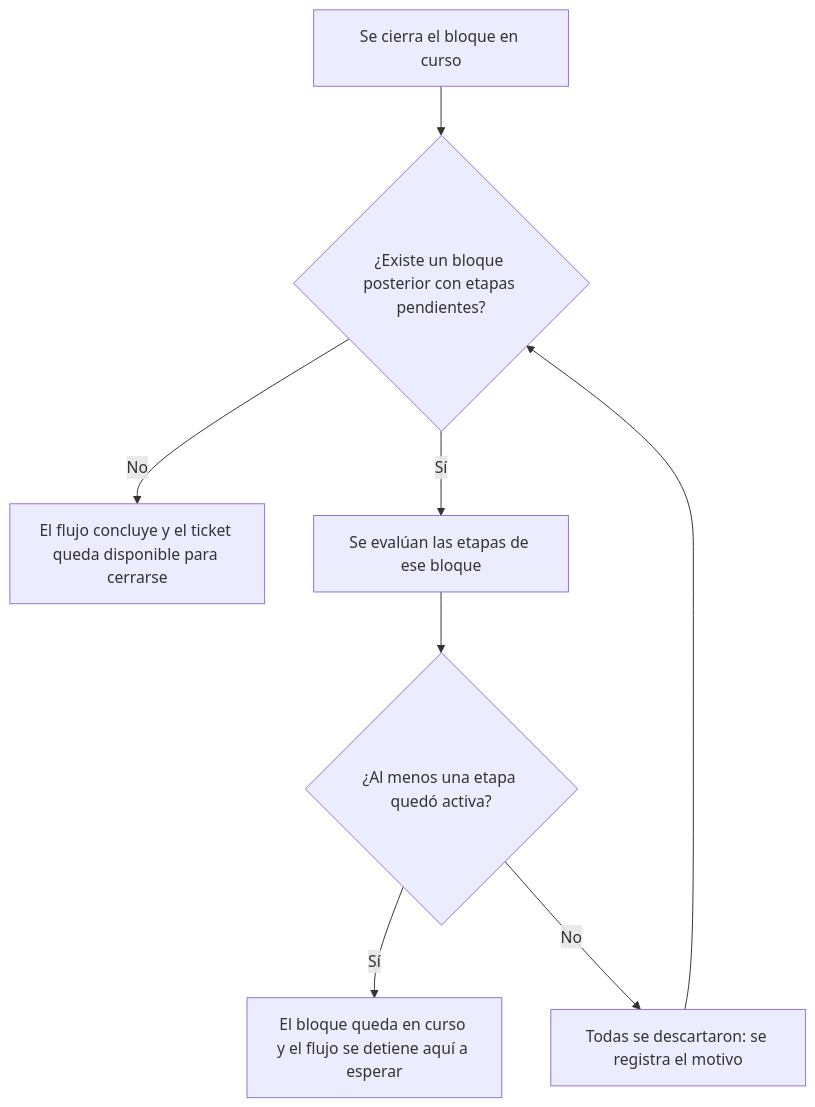
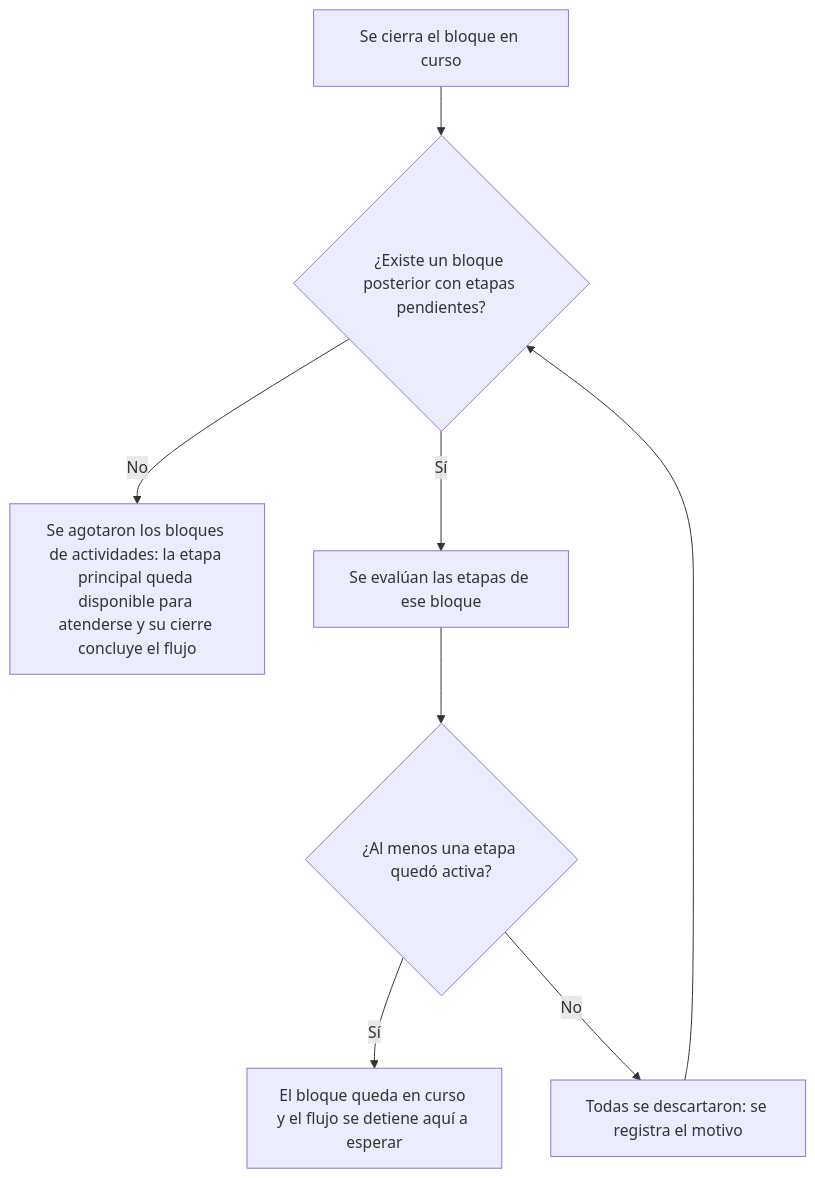
Before and after one commit to solis1408/Business-Suite: the fifth of 5 diagrams in docs/Proyectos/iNN/Baja usuario - Ticket escalonado/Ejecución del Flujo de Trabajo de Tickets por Bloques.md, drawn with Mermaid. The commit also changed other lines of this file, not shown here.

First line of the commit message:
docs(computo): agrega el modo de ejecucion del flujo y renumera los RF

````diff
--- a/docs/Proyectos/iNN/Baja usuario - Ticket escalonado/Ejecución del Flujo de Trabajo de Tickets por Bloques.md
+++ b/docs/Proyectos/iNN/Baja usuario - Ticket escalonado/Ejecución del Flujo de Trabajo de Tickets por Bloques.md
@@ -618,10 +1043,10 @@
 ```mermaid
 flowchart TD
     A[Se cierra el bloque en curso] --> B{¿Existe un bloque posterior con etapas pendientes?}
-    B -- No --> C[El flujo concluye y el ticket queda disponible para cerrarse]
+    B -- No --> C[Se agotaron los bloques de actividades: la etapa principal queda disponible para atenderse y su cierre concluye el flujo]
     B -- Sí --> D[Se evalúan las etapas de ese bloque]
     D --> E{¿Al menos una etapa quedó activa?}
     E -- Sí --> F[El bloque queda en curso y el flujo se detiene aquí a esperar]
     E -- No --> G[Todas se descartaron: se registra el motivo]
     G --> B
 ```
````
